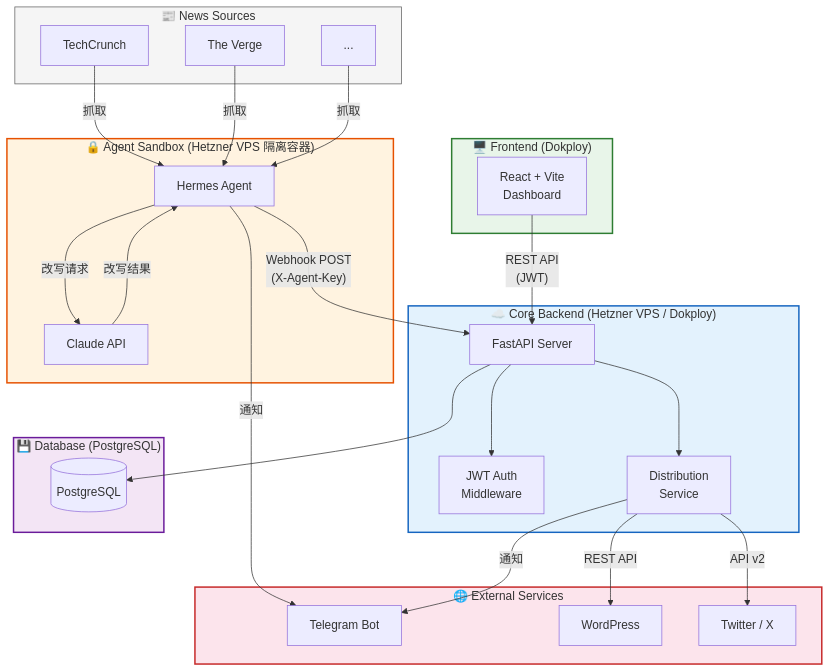
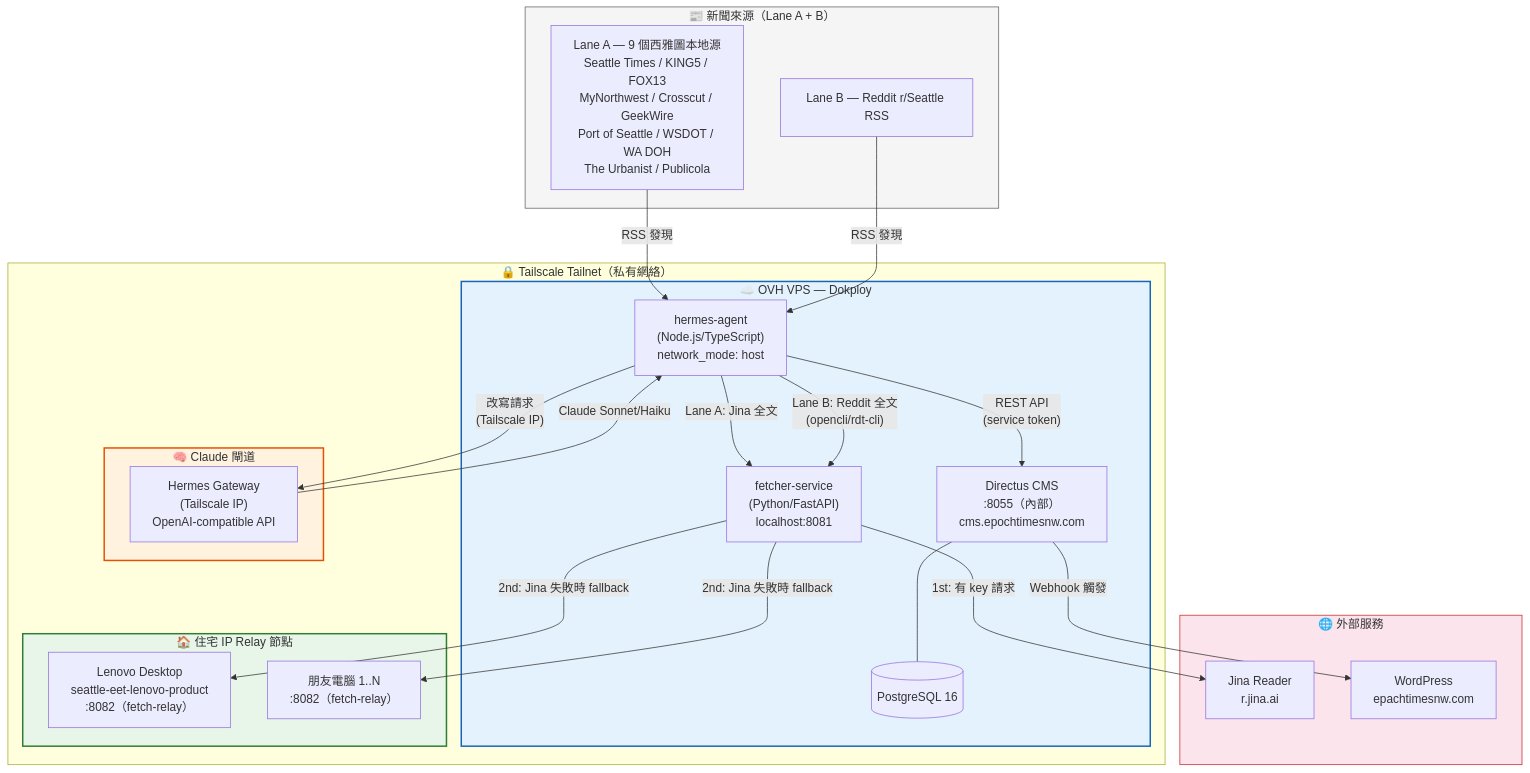
One commit to Guitang0414/Tiffany-Z-Intern-2026 changed the first of 3 diagrams in docs/architecture.md. Above: the diagram before and after it, drawn with Mermaid. The commit also changed other lines of this file and 1 other file, not shown here.

First line of the commit message:
docs: rewrite architecture.md + DEPLOY.md to reflect current system

````diff
--- a/docs/architecture.md
+++ b/docs/architecture.md
@@ -9,61 +10,48 @@
 ```mermaid
 graph TB
-    subgraph sandbox["🔒 Agent Sandbox (Hetzner VPS 隔离容器)"]
-        OC["Hermes Agent"]
-        Claude["Claude API"]
+    subgraph sources["📰 新聞來源（Lane A + B）"]
+        RSS_A["Lane A — 9 個西雅圖本地源\nSeattle Times / KING5 / FOX13\nMyNorthwest / Crosscut / GeekWire\nPort of Seattle / WSDOT / WA DOH\nThe Urbanist / Publicola"]
+        RSS_B["Lane B — Reddit r/Seattle RSS"]
     end
 
-    subgraph core["☁️ Core Backend (Hetzner VPS / Dokploy)"]
-        API["FastAPI Server"]
-        Auth["JWT Auth<br/>Middleware"]
-        Dist["Distribution<br/>Service"]
+    subgraph tailnet["🔒 Tailscale Tailnet（私有網絡）"]
+        subgraph ovh["☁️ OVH VPS — Dokploy"]
+            Directus["Directus CMS\n:8055（內部）\ncms.epochtimesnw.com"]
+            PG[("PostgreSQL 16")]
+            Hermes["hermes-agent\n(Node.js/TypeScript)\nnetwork_mode: host"]
+            Fetcher["fetcher-service\n(Python/FastAPI)\nlocalhost:8081"]
+        end
+
+        subgraph residential["🏠 住宅 IP Relay 節點"]
+            Lenovo["Lenovo Desktop\nseattle-eet-lenovo-product\n:8082（fetch-relay）"]
+            Friends["朋友電腦 1..N\n:8082（fetch-relay）"]
+        end
+
+        subgraph claude_gw["🧠 Claude 閘道"]
+            Gateway["Hermes Gateway\n(Tailscale IP)\nOpenAI-compatible API"]
+        end
     end
 
-    subgraph db["💾 Database (PostgreSQL)"]
-        PG[("PostgreSQL")]
+    subgraph external["🌐 外部服務"]
+        Jina["Jina Reader\nr.jina.ai"]
+        WP["WordPress\nepachtimesnw.com"]
     end
 
-    subgraph frontend["🖥️ Frontend (Dokploy)"]
-        UI["React + Vite<br/>Dashboard"]
-    end
+    %% 數據流
+    RSS_A & RSS_B -->|"RSS 發現"| Hermes
+    Hermes -->|"Lane A: Jina 全文"| Fetcher
+    Hermes -->|"Lane B: Reddit 全文\n(opencli/rdt-cli)"| Fetcher
+    Fetcher -->|"1st: 有 key 請求"| Jina
+    Fetcher -->|"2nd: Jina 失敗時 fallback"| Lenovo & Friends
+    Hermes -->|"改寫請求\n(Tailscale IP)"| Gateway
+    Gateway -->|"Claude Sonnet/Haiku"| Hermes
+    Hermes -->|"REST API\n(service token)"| Directus
+    Directus --- PG
+    Directus -->|"Webhook 觸發"| WP
 
-    subgraph external["🌐 External Services"]
-        TG["Telegram Bot"]
-        WP["WordPress"]
-        TW["Twitter / X"]
-    end
-
-    subgraph sources["📰 News Sources"]
-        NS1["TechCrunch"]
-        NS2["The Verge"]
-        NS3["..."]
-    end
-
-    %% Agent 层数据流
-    NS1 & NS2 & NS3 -->|"抓取"| OC
-    OC -->|"改写请求"| Claude
-    Claude -->|"改写结果"| OC
-    OC -->|"Webhook POST<br/>(X-Agent-Key)"| API
-    OC -->|"通知"| TG
-
-    %% 后端内部
-    API --> Auth
-    API --> PG
-    API --> Dist
-
-    %% 前端交互
-    UI -->|"REST API<br/>(JWT)"| API
-
-    %% 分发
-    Dist -->|"REST API"| WP
-    Dist -->|"API v2"| TW
-    Dist -->|"通知"| TG
-
-    %% 样式
-    style sandbox fill:#fff3e0,stroke:#e65100,stroke-width:2px
-    style core fill:#e3f2fd,stroke:#1565c0,stroke-width:2px
-    style db fill:#f3e5f5,stroke:#6a1b9a,stroke-width:2px
-    style frontend fill:#e8f5e9,stroke:#2e7d32,stroke-width:2px
-    style external fill:#fce4ec,stroke:#c62828,stroke-width:2px
+    style ovh fill:#e3f2fd,stroke:#1565c0,stroke-width:2px
+    style residential fill:#e8f5e9,stroke:#2e7d32,stroke-width:2px
+    style claude_gw fill:#fff3e0,stroke:#e65100,stroke-width:2px
     style sources fill:#f5f5f5,stroke:#616161,stroke-width:1px
+    style external fill:#fce4ec,stroke:#c62828,stroke-width:1px
 ```
````
